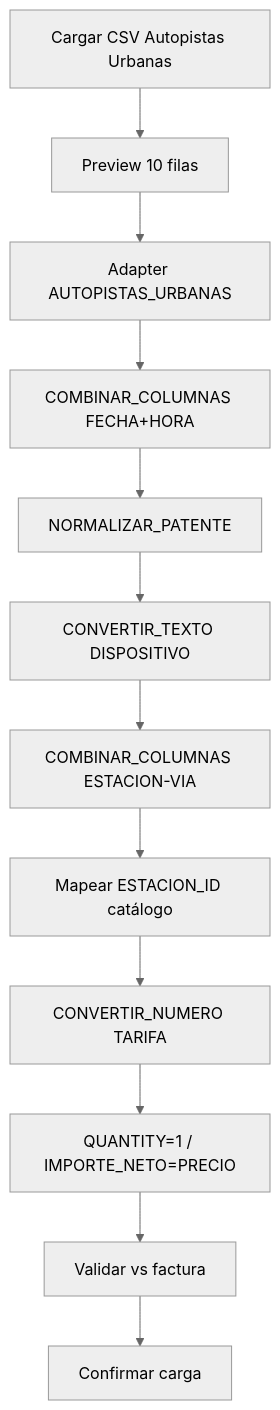
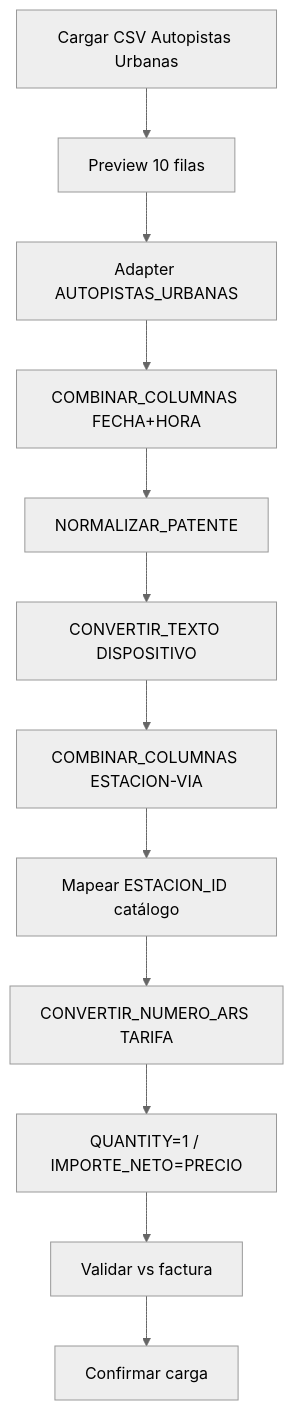
One commit to Briian3306/Transporte changed the diagram in ibarra-app/docs/plan/ejemplo-autopistas-urbanas-pasadas.md. Above: the diagram before and after it, drawn with Mermaid (neutral theme). The commit also changed other lines of this file and 30 other files, not shown here.

First line of the commit message:
feat(peajes): introduce CONVERTIR_NUMERO_ARS for Argentine number formatting

````diff
--- a/ibarra-app/docs/plan/ejemplo-autopistas-urbanas-pasadas.md
+++ b/ibarra-app/docs/plan/ejemplo-autopistas-urbanas-pasadas.md
@@ -321,14 +321,14 @@
 ```mermaid
 flowchart TD
     A[Cargar CSV Autopistas Urbanas] --> B[Preview 10 filas]
     B --> C[Adapter AUTOPISTAS_URBANAS]
     C --> D[COMBINAR_COLUMNAS FECHA+HORA]
     D --> E[NORMALIZAR_PATENTE]
     E --> F[CONVERTIR_TEXTO DISPOSITIVO]
     F --> G[COMBINAR_COLUMNAS ESTACION-VIA]
     G --> H[Mapear ESTACION_ID catálogo]
-    H --> I[CONVERTIR_NUMERO TARIFA]
+    H --> I[CONVERTIR_NUMERO_ARS TARIFA]
     I --> J[QUANTITY=1 / IMPORTE_NETO=PRECIO]
     J --> K[Validar vs factura]
     K --> L[Confirmar carga]
 ```
````
